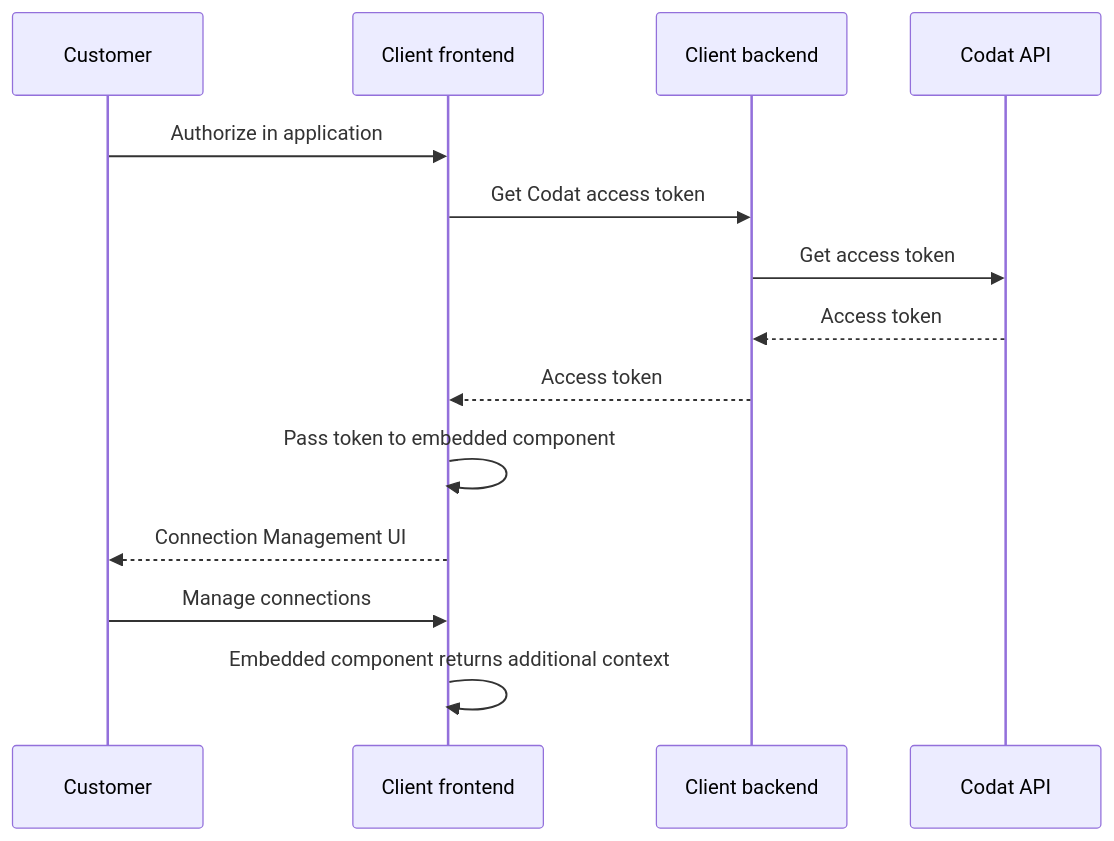
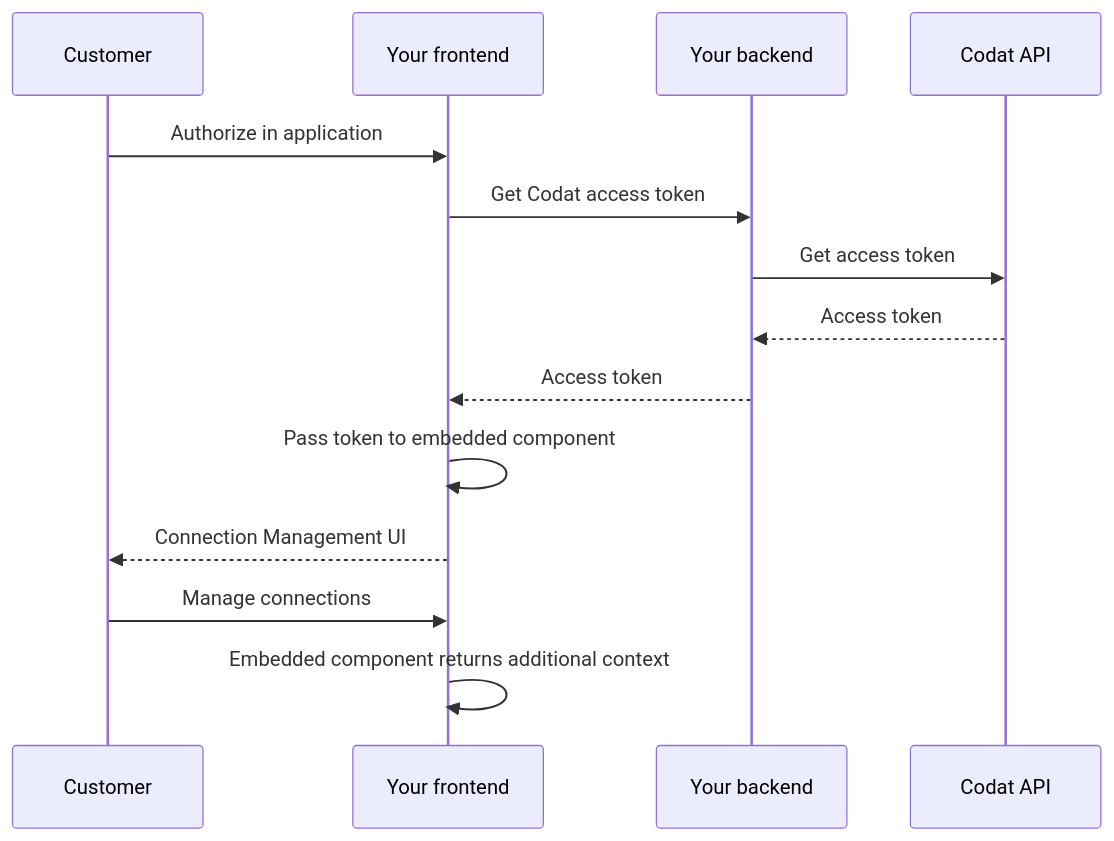
One commit to codatio/codat-docs changed the diagram in docs/auth-flow/optimize/connection-management.md. Above: the diagram before and after it, drawn with Mermaid. The commit also changed other lines of this file, not shown here.

````diff
--- a/docs/auth-flow/optimize/connection-management.md
+++ b/docs/auth-flow/optimize/connection-management.md
@@ -42,18 +51,18 @@
 ```mermaid
 
 sequenceDiagram
     participant user as Customer
-    participant fe as Client frontend 
-    participant be as Client backend
+    participant fe as Your frontend 
+    participant be as Your backend
     participant codat as Codat API
     user ->> fe: Authorize in application
     fe ->> be: Get Codat access token
     be ->> codat: Get access token
     codat -->> be: Access token
     be -->> fe: Access token
     fe ->> fe: Pass token to embedded component
     fe -->> user: Connection Management UI
     user ->> fe: Manage connections
 fe ->> fe: Embedded component returns additional context
 
 ```
````
